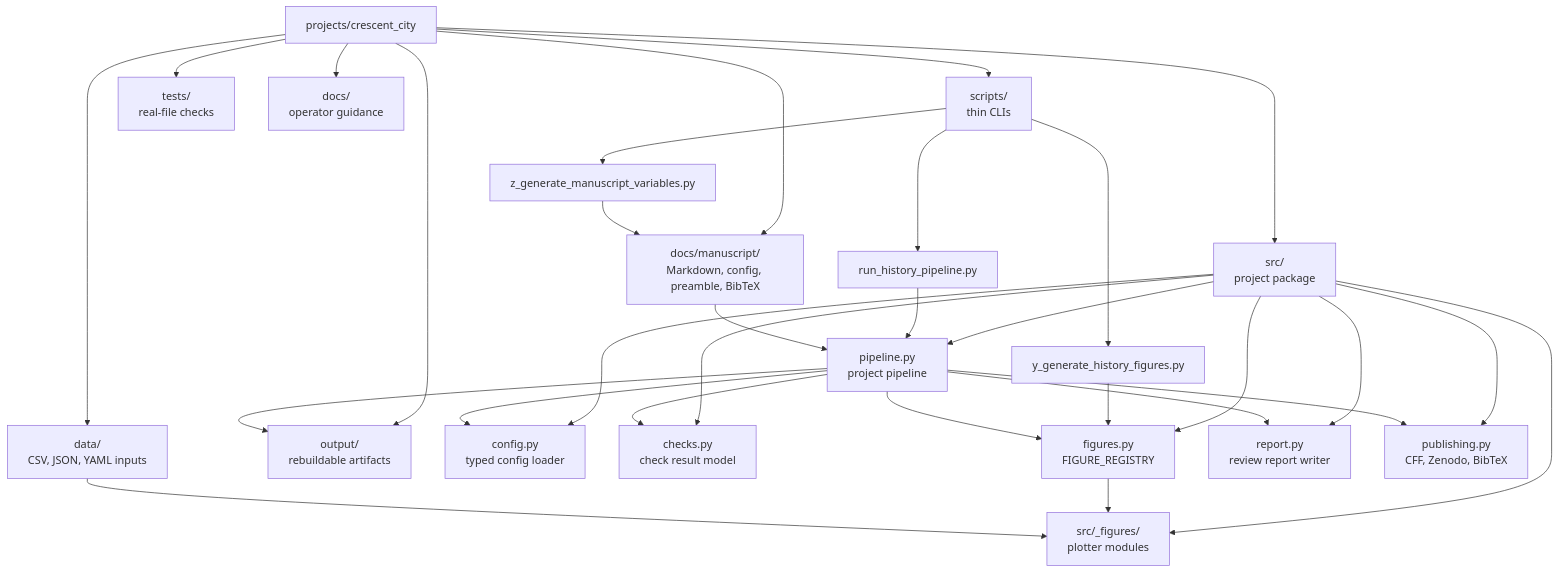
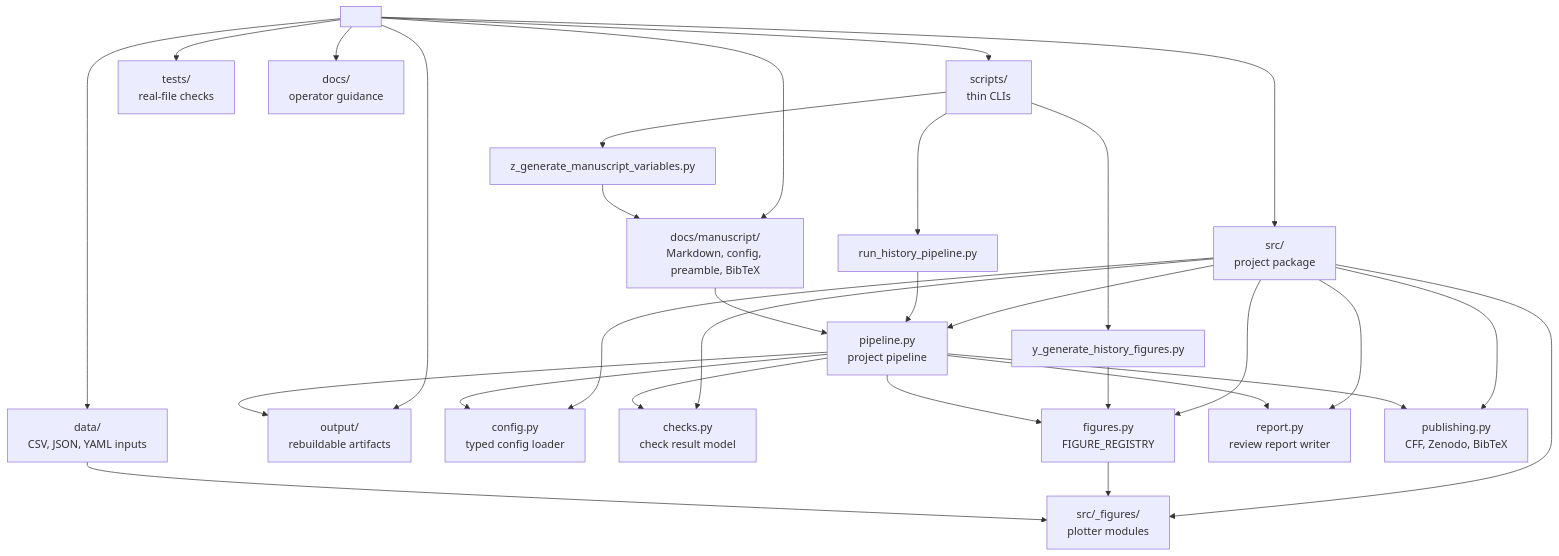
Before and after one commit to docxology/crescent_city: the first of 2 diagrams in docs/architecture.md, drawn with Mermaid. The commit also changed other lines of this file and 35 other files, not shown here.

````diff
--- a/docs/architecture.md
+++ b/docs/architecture.md
@@ -13,36 +13,36 @@
 ```mermaid
 flowchart TB
-    P["projects/crescent_city"]
+    P["<repository root>"]
     P --> M["docs/manuscript/<br/>Markdown, config, preamble, BibTeX"]
     P --> D["data/<br/>CSV, JSON, YAML inputs"]
     P --> S["src/<br/>project package"]
     P --> C["scripts/<br/>thin CLIs"]
     P --> T["tests/<br/>real-file checks"]
     P --> DOC["docs/<br/>operator guidance"]
     P --> O["output/<br/>rebuildable artifacts"]
 
     S --> CFG["config.py<br/>typed config loader"]
     S --> CHECKS["checks.py<br/>check result model"]
     S --> PIPE["pipeline.py<br/>project pipeline"]
     S --> FIG["figures.py<br/>FIGURE_REGISTRY"]
     S --> SUB["src/_figures/<br/>plotter modules"]
     S --> REPORT["report.py<br/>review report writer"]
     S --> PUB["publishing.py<br/>CFF, Zenodo, BibTeX"]
 
     C --> RUN["run_history_pipeline.py"]
     C --> YFIG["y_generate_history_figures.py"]
     C --> VARS["z_generate_manuscript_variables.py"]
 
     RUN --> PIPE
     YFIG --> FIG
     VARS --> M
     PIPE --> CFG
     PIPE --> CHECKS
     PIPE --> FIG
     PIPE --> REPORT
     PIPE --> PUB
     FIG --> SUB
     M --> PIPE
     D --> SUB
     PIPE --> O
 ```
````
